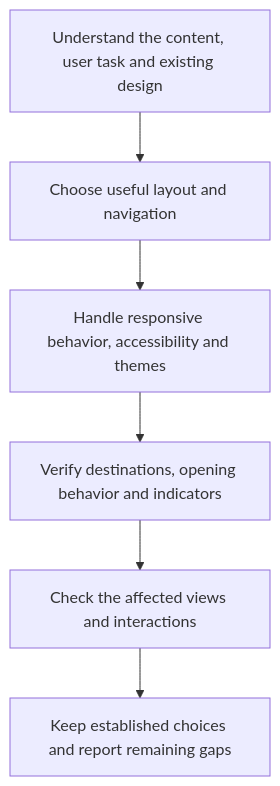
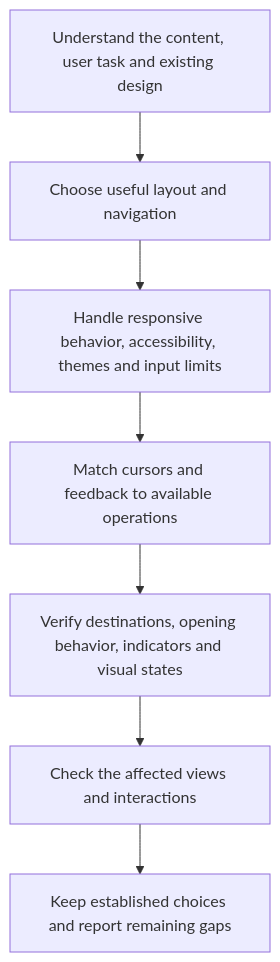
One commit to myowinthein/agent-helm changed the diagram in docs/rules/design/detailed.md. Above: the diagram before and after it, drawn with Mermaid. The commit also changed other lines of this file and 5 other files, not shown here.

First line of the commit message:
docs(rules): define link, cursor and input feedback

````diff
--- a/docs/rules/design/detailed.md
+++ b/docs/rules/design/detailed.md
@@ -22,8 +22,9 @@
 ```mermaid
 flowchart TD
   Task["Understand the content, user task and existing design"] --> Structure["Choose useful layout and navigation"]
-  Structure --> Access["Handle responsive behavior, accessibility and themes"]
-  Access --> Links["Verify destinations, opening behavior and indicators"]
+  Structure --> Access["Handle responsive behavior, accessibility, themes and input limits"]
+  Access --> Cursors["Match cursors and feedback to available operations"]
+  Cursors --> Links["Verify destinations, opening behavior, indicators and visual states"]
   Links --> Review["Check the affected views and interactions"]
   Review --> Result["Keep established choices and report remaining gaps"]
 ```
````
